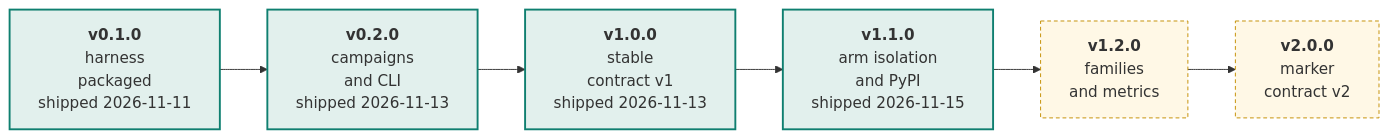
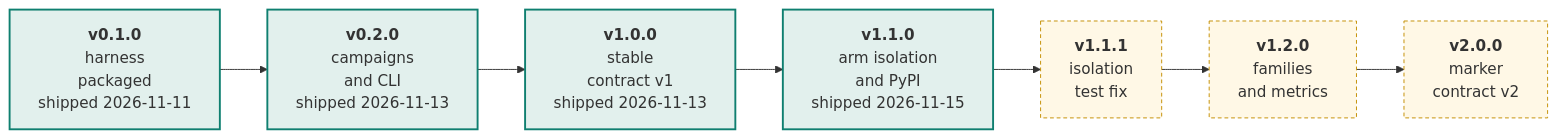
Before and after one commit to swarm-routing/ns3-tools: the first of 2 diagrams in docs/roadmap.md, drawn with Mermaid. The commit also changed other lines of this file, not shown here.

First paragraph of the commit message:
docs(roadmap): a v1.1.1 row: the arm-isolation test fix (#213)
## Summary

````diff
--- a/docs/roadmap.md
+++ b/docs/roadmap.md
@@ -56,18 +56,20 @@
 ```mermaid
 flowchart LR
     V01["<b>v0.1.0</b><br/>harness<br/>packaged<br/>shipped 2026-11-11"]
     V02["<b>v0.2.0</b><br/>campaigns<br/>and CLI<br/>shipped 2026-11-13"]
     V10["<b>v1.0.0</b><br/>stable<br/>contract v1<br/>shipped 2026-11-13"]
     V11["<b>v1.1.0</b><br/>arm isolation<br/>and PyPI<br/>shipped 2026-11-15"]
+    V111["<b>v1.1.1</b><br/>isolation<br/>test fix"]
     V12["<b>v1.2.0</b><br/>families<br/>and metrics"]
     V20["<b>v2.0.0</b><br/>marker<br/>contract v2"]
 
-    V01 --> V02 --> V10 --> V11 --> V12 --> V20
+    V01 --> V02 --> V10 --> V11 --> V111 --> V12 --> V20
 
     style V01 fill:#e2f0ed,stroke:#0f7f70,stroke-width:2px
     style V02 fill:#e2f0ed,stroke:#0f7f70,stroke-width:2px
     style V10 fill:#e2f0ed,stroke:#0f7f70,stroke-width:2px
     style V11 fill:#e2f0ed,stroke:#0f7f70,stroke-width:2px
+    style V111 fill:#fff8e6,stroke:#c48f00,stroke-dasharray:4 3
     style V12 fill:#fff8e6,stroke:#c48f00,stroke-dasharray:4 3
     style V20 fill:#fff8e6,stroke:#c48f00,stroke-dasharray:4 3
 ```
````
